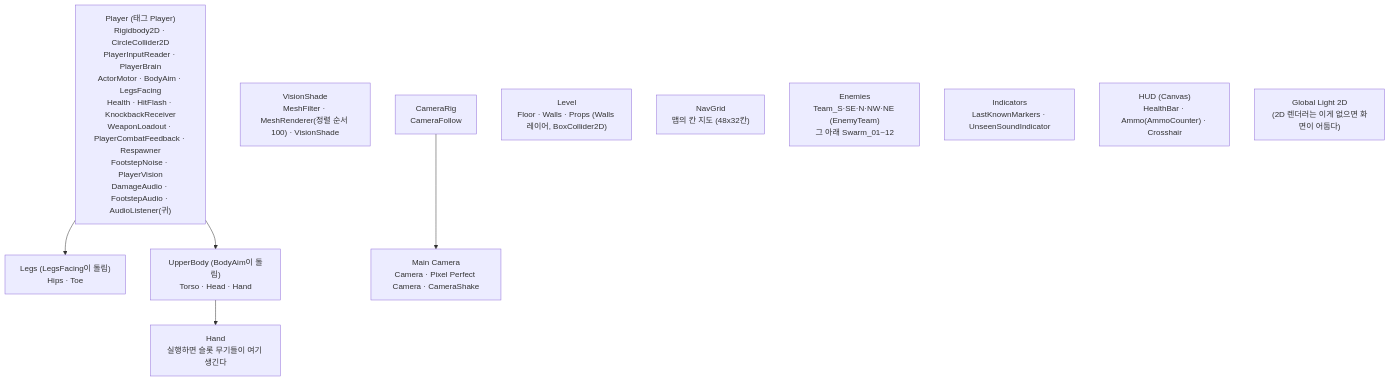
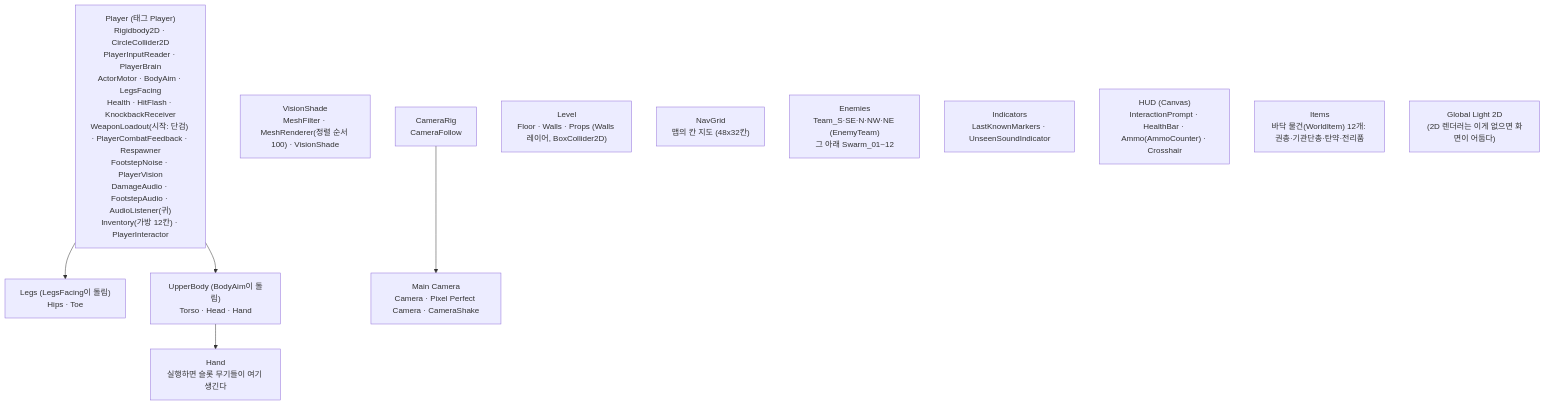
The sixth of 6 diagrams in docs/코드-구조.md (odyo0/project_dust_scrapper), drawn with Mermaid before and after one commit. The commit also changed other lines of this file and 54 other files, not shown here.

````diff
--- a/docs/코드-구조.md
+++ b/docs/코드-구조.md
@@ -335,15 +375,16 @@
 ```mermaid
 flowchart TD
-    Player["Player (태그 Player)<br/>Rigidbody2D · CircleCollider2D<br/>PlayerInputReader · PlayerBrain<br/>ActorMotor · BodyAim · LegsFacing<br/>Health · HitFlash · KnockbackReceiver<br/>WeaponLoadout · PlayerCombatFeedback · Respawner<br/>FootstepNoise · PlayerVision<br/>DamageAudio · FootstepAudio · AudioListener(귀)"]
+    Player["Player (태그 Player)<br/>Rigidbody2D · CircleCollider2D<br/>PlayerInputReader · PlayerBrain<br/>ActorMotor · BodyAim · LegsFacing<br/>Health · HitFlash · KnockbackReceiver<br/>WeaponLoadout(시작: 단검) · PlayerCombatFeedback · Respawner<br/>FootstepNoise · PlayerVision<br/>DamageAudio · FootstepAudio · AudioListener(귀)<br/>Inventory(가방 12칸) · PlayerInteractor"]
     Shade["VisionShade<br/>MeshFilter · MeshRenderer(정렬 순서 100) · VisionShade"]
     Player --> Legs["Legs (LegsFacing이 돌림)<br/>Hips · Toe"]
     Player --> Upper["UpperBody (BodyAim이 돌림)<br/>Torso · Head · Hand"]
     Upper --> Hand["Hand<br/>실행하면 슬롯 무기들이 여기 생긴다"]
     Rig["CameraRig<br/>CameraFollow"] --> Cam["Main Camera<br/>Camera · Pixel Perfect Camera · CameraShake"]
     Level["Level<br/>Floor · Walls · Props (Walls 레이어, BoxCollider2D)"]
     Nav["NavGrid<br/>맵의 칸 지도 (48x32칸)"]
     Enemies["Enemies<br/>Team_S·SE·N·NW·NE (EnemyTeam)<br/>그 아래 Swarm_01~12"]
     Ind["Indicators<br/>LastKnownMarkers · UnseenSoundIndicator"]
-    HUD["HUD (Canvas)<br/>HealthBar · Ammo(AmmoCounter) · Crosshair"]
+    HUD["HUD (Canvas)<br/>InteractionPrompt · HealthBar · Ammo(AmmoCounter) · Crosshair"]
+    Items["Items<br/>바닥 물건(WorldItem) 12개: 권총·기관단총·탄약·전리품"]
     Light["Global Light 2D<br/>(2D 렌더러는 이게 없으면 화면이 어둡다)"]
 ```
````
